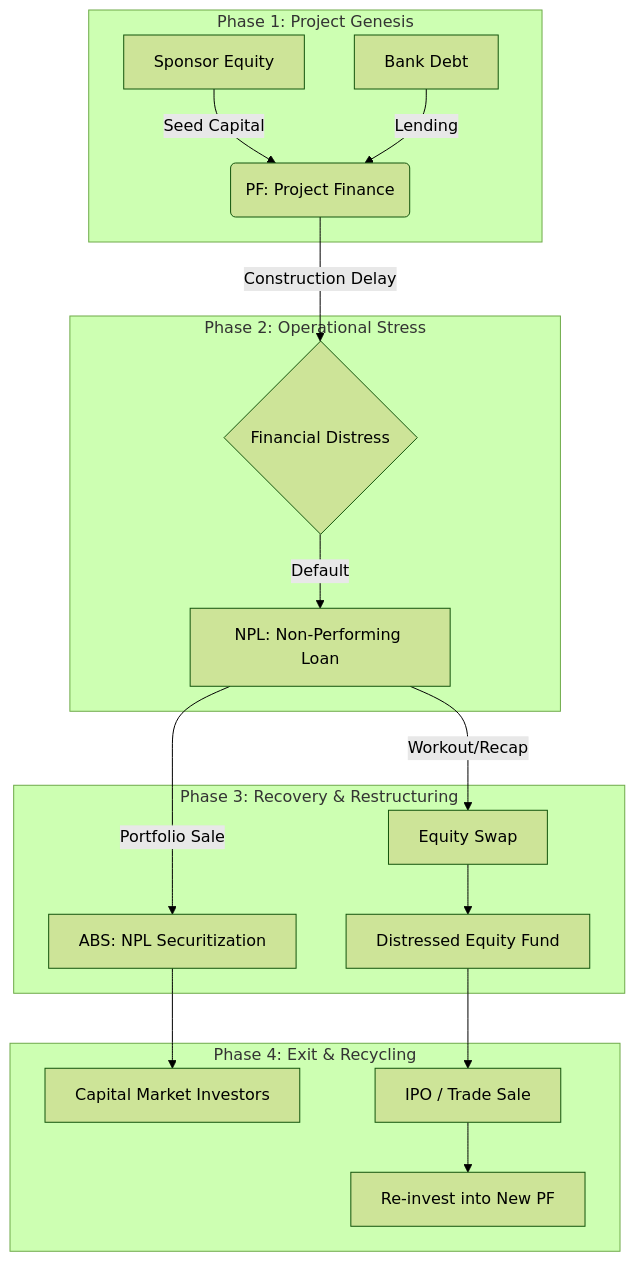
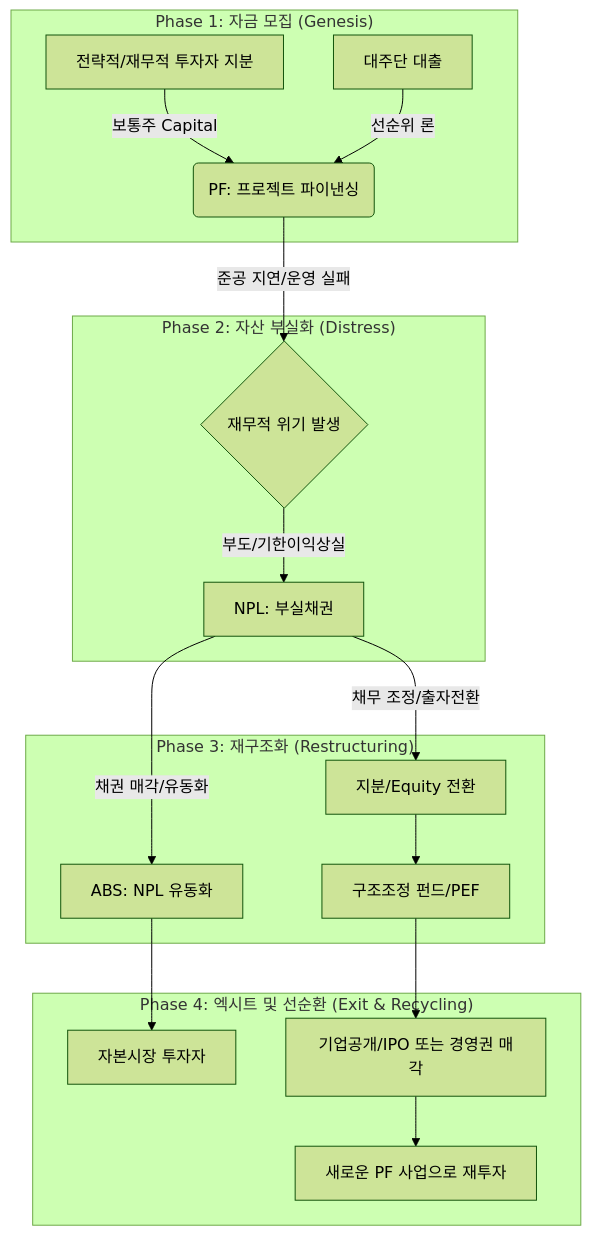
Before and after one commit to kbgkim/ib_wiki: the diagram in src/02_Integrated_IB/Synthesis_Map.md, drawn with Mermaid (forest theme). The commit also changed other lines of this file and 4 other files, not shown here.

````diff
--- a/src/02_Integrated_IB/Synthesis_Map.md
+++ b/src/02_Integrated_IB/Synthesis_Map.md
@@ -9,24 +9,24 @@
 ```mermaid
 graph TD
-    subgraph "Phase 1: Project Genesis"
-        A[Sponsor Equity] -->|Seed Capital| B(PF: Project Finance)
-        C[Bank Debt] -->|Lending| B
+    subgraph "Phase 1: 자금 모집 (Genesis)"
+        A[전략적/재무적 투자자 지분] -->|보통주 Capital| B(PF: 프로젝트 파이낸싱)
+        C[대주단 대출] -->|선순위 론| B
     end
 
-    subgraph "Phase 2: Operational Stress"
-        B -->|Construction Delay| D{Financial Distress}
-        D -->|Default| E[NPL: Non-Performing Loan]
+    subgraph "Phase 2: 자산 부실화 (Distress)"
+        B -->|준공 지연/운영 실패| D{재무적 위기 발생}
+        D -->|부도/기한이익상실| E[NPL: 부실채권]
     end
 
-    subgraph "Phase 3: Recovery & Restructuring"
-        E -->|Workout/Recap| F[Equity Swap]
-        E -->|Portfolio Sale| G[ABS: NPL Securitization]
-        F --> H[Distressed Equity Fund]
+    subgraph "Phase 3: 재구조화 (Restructuring)"
+        E -->|채무 조정/출자전환| F[지분/Equity 전환]
+        E -->|채권 매각/유동화| G[ABS: NPL 유동화]
+        F --> H[구조조정 펀드/PEF]
     end
 
-    subgraph "Phase 4: Exit & Recycling"
-        G --> I[Capital Market Investors]
-        H --> J[IPO / Trade Sale]
-        J --> K[Re-invest into New PF]
+    subgraph "Phase 4: 엑시트 및 선순환 (Exit & Recycling)"
+        G --> I[자본시장 투자자]
+        H --> J[기업공개/IPO 또는 경영권 매각]
+        J --> K[새로운 PF 사업으로 재투자]
     end
 ```
````
